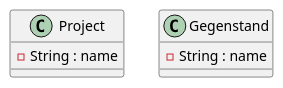
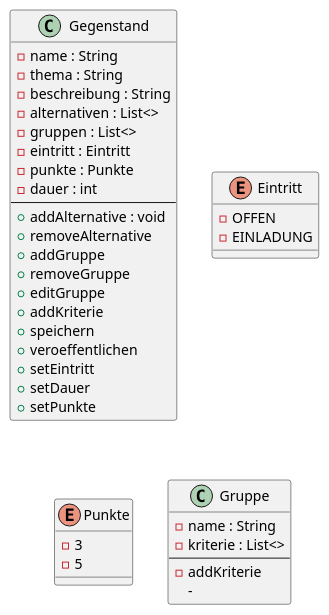
The diagram in src/main/decicion4you.puml (MathiasLux/decision4you), drawn with PlantUML before and after one commit.

Commit message:
Started UML

```diff
--- a/src/main/decicion4you.puml
+++ b/src/main/decicion4you.puml
@@ -1,13 +1,52 @@
 @startuml
-
-class Project
-{
- - String : name
-}
 
 class Gegenstand
 {
- - String : name
+ - name : String
+ - thema : String
+ - beschreibung : String
+ - alternativen : List<>
+ - gruppen : List<>
+ - eintritt : Eintritt
+ - punkte : Punkte
+ - dauer : int
+ --
+ + addAlternative : void
+ + removeAlternative
+ + addGruppe
+ + removeGruppe
+ + editGruppe
+ + addKriterie
+ + speichern
+ + veroeffentlichen
+ + setEintritt
+ + setDauer
+ + setPunkte
 }
 
+enum Eintritt
+{
+- OFFEN
+- EINLADUNG
+}
+
+enum Punkte
+{
+- 3
+- 5
+}
+
+class Gruppe
+{
+ - name : String
+ - kriterie : List<>
+ --
+ - addKriterie
+ -
+}
+
+
+
+
+
 @enduml
```
